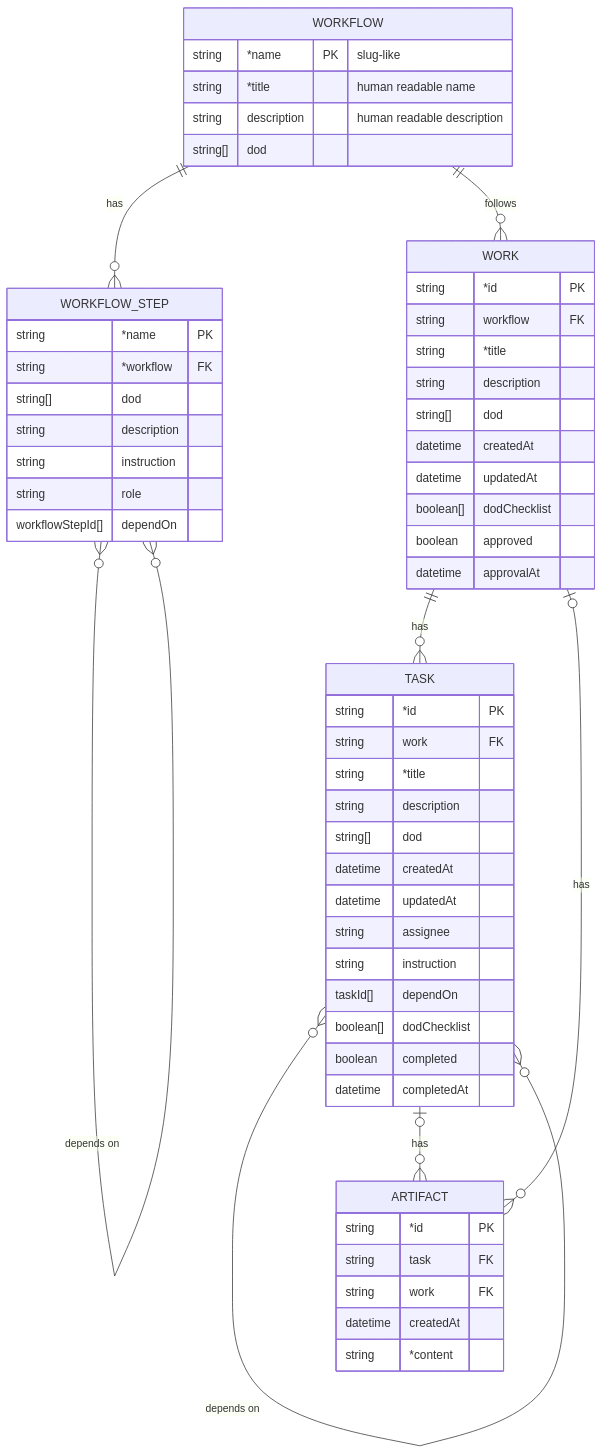
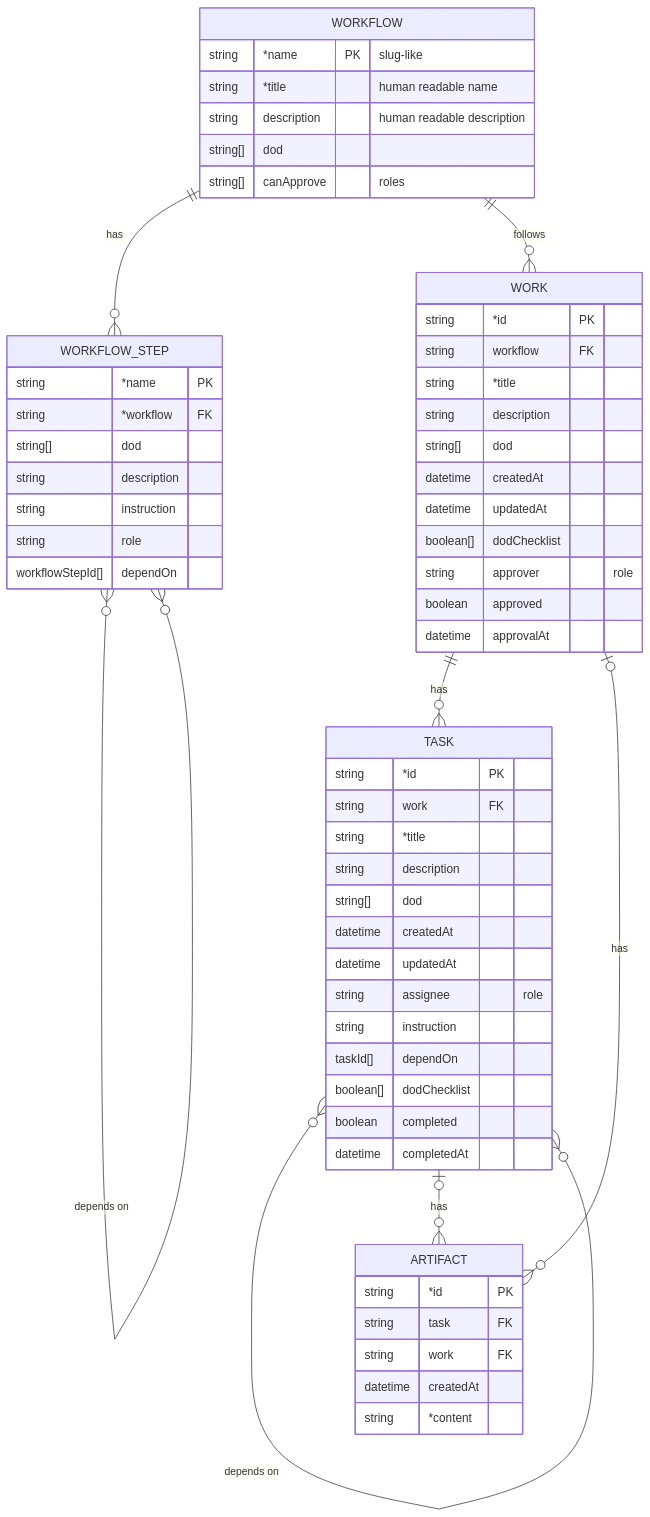
The diagram in docs/data-struct.md (longlh/superteam), drawn with Mermaid before and after one commit.

Commit message:
Add role fields to data-struct: task assignee, work approver, workflow canApprove

````diff
--- a/docs/data-struct.md
+++ b/docs/data-struct.md
@@ -5,64 +5,66 @@
 ```mermaid
 erDiagram
     WORKFLOW {
         string *name PK "slug-like"
         string *title "human readable name"
         string description "human readable description"
         string[] dod
+        string[] canApprove "roles"
     }
 
     WORKFLOW_STEP {
         string *name PK
         string *workflow FK
         string[] dod
         string description
         string instruction
         string role
         workflowStepId[] dependOn
     }
 
     WORK {
         string *id PK
         string workflow FK
         string *title
         string description
         string[] dod
         datetime createdAt
         datetime updatedAt
         boolean[] dodChecklist
+        string approver "role"
         boolean approved
         datetime approvalAt
     }
 
     TASK {
         string *id PK
         string work FK
         string *title
         string description
         string[] dod
         datetime createdAt
         datetime updatedAt
-        string assignee
+        string assignee "role"
         string instruction
         taskId[] dependOn
         boolean[] dodChecklist
         boolean completed
         datetime completedAt
     }
 
     ARTIFACT {
         string *id PK
         string task FK
         string work FK
         datetime createdAt
         string *content
     }
 
     WORKFLOW ||--o{ WORKFLOW_STEP : has
     WORKFLOW_STEP }o--o{ WORKFLOW_STEP : "depends on"
     WORKFLOW ||--o{ WORK : follows
     WORK ||--o{ TASK : has
     TASK }o--o{ TASK : "depends on"
     TASK |o--o{ ARTIFACT : has
     WORK |o--o{ ARTIFACT : has
 ```
````
